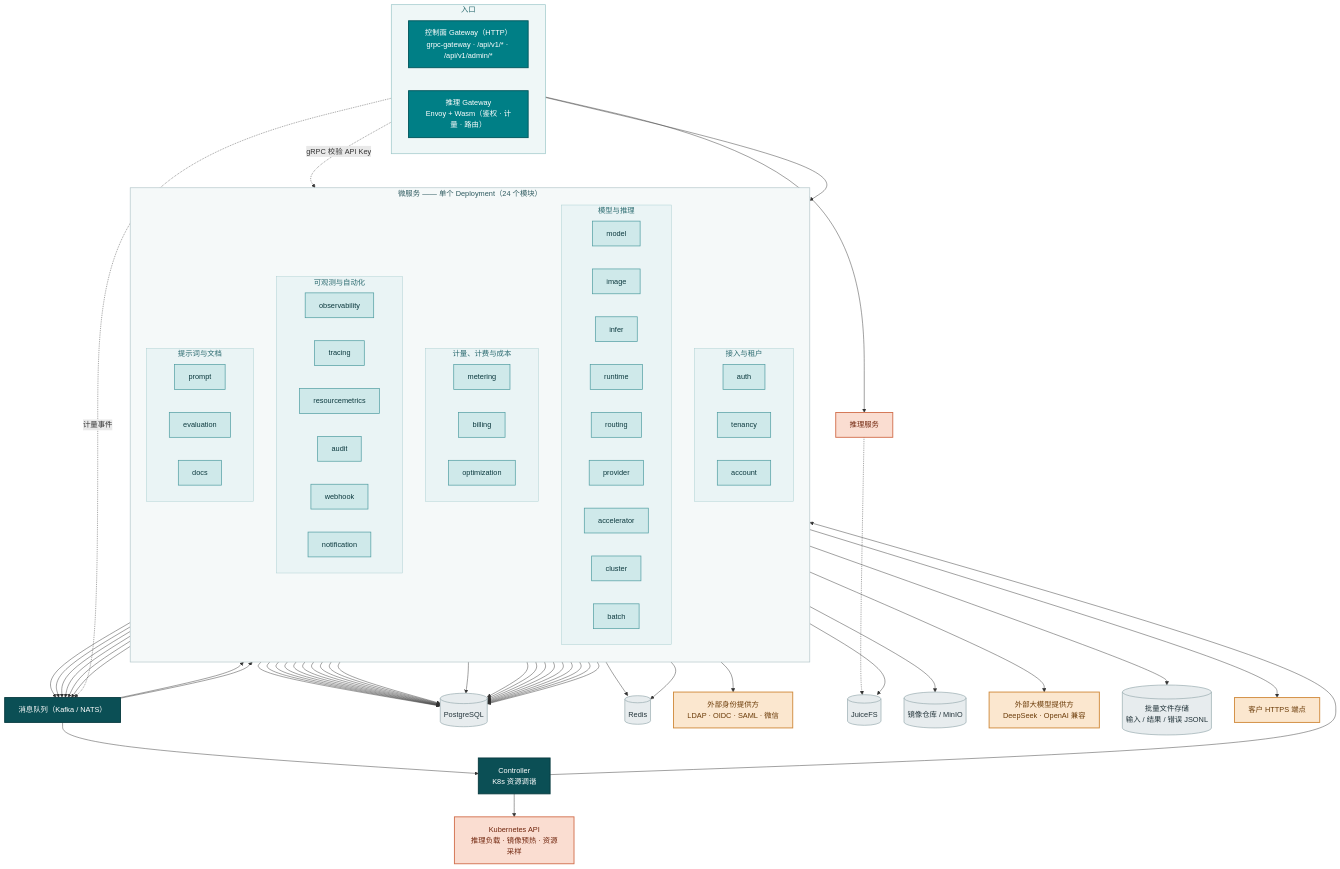
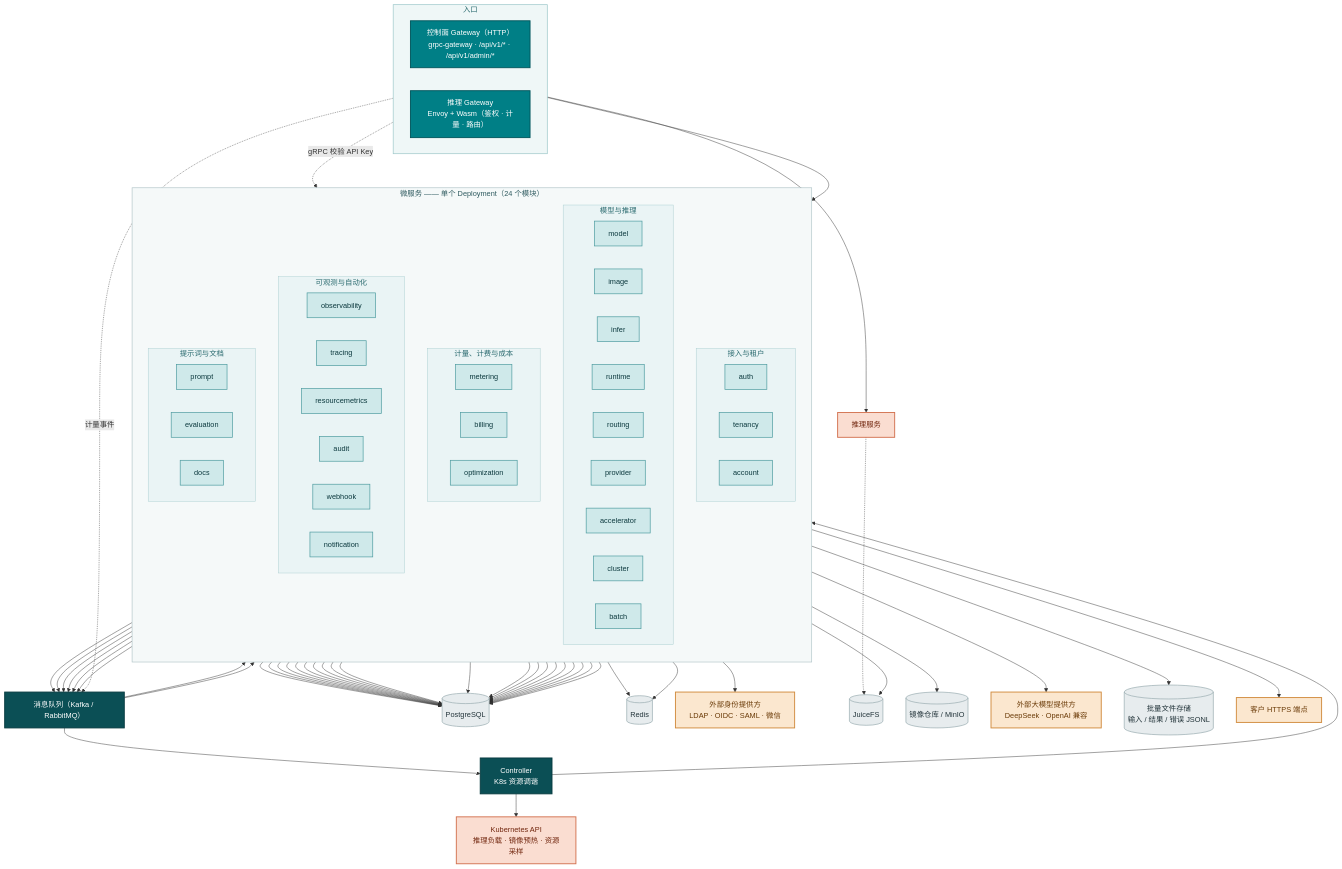
One commit to go-taas/go-taas changed the second of 6 diagrams in site/docs/design/architecture.zh-cn.md. Above: the diagram before and after it, drawn with Mermaid. The commit also changed other lines of this file and 35 other files, not shown here.

First line of the commit message:
docs: replace NATS with RabbitMQ across docs

```diff
--- a/site/docs/design/architecture.zh-cn.md
+++ b/site/docs/design/architecture.zh-cn.md
@@ -200,7 +200,7 @@
     CGW --> mods
     DGW --> RT["推理服务"]
     DGW -.->|gRPC 校验 API Key| AUTH
-    DGW -.->|计量事件| MQ["消息队列（Kafka / NATS）"]
+    DGW -.->|计量事件| MQ["消息队列（Kafka / RabbitMQ）"]
 
     AUTH --> PG[(PostgreSQL)]
     AUTH --> RD[(Redis)]
```
